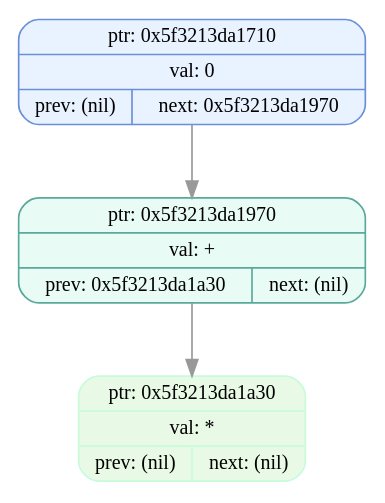
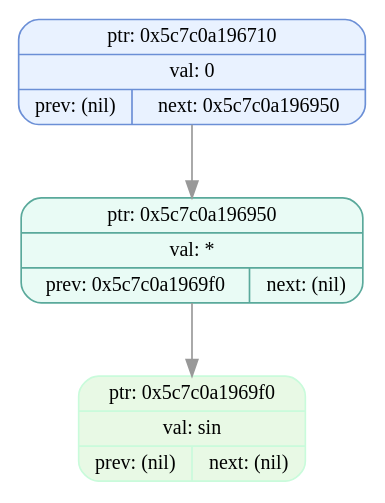
One commit to EvilTomato9890/Difference changed the diagram in dumps/tree_dump_001.dot. Above: the diagram before and after it, drawn with Graphviz. The commit also changed 34 other files, not shown here.

```diff
--- a/dumps/tree_dump_001.dot
+++ b/dumps/tree_dump_001.dot
@@ -1,9 +1,9 @@
 digraph T{
   node [fontname="Fira Mono",shape=record,style="filled,rounded",fontsize=12];
   graph [splines=true, nodesep=0.6, ranksep=0.6];
-  node_0x5f3213da1710[shape=record,label="{ {ptr: 0x5f3213da1710} | {val: 0} | { prev: (nil) | next: 0x5f3213da1970 } }",color="#6b8fd6",fillcolor="#e9f2ff"];
-  node_0x5f3213da1970[shape=record,label="{ {ptr: 0x5f3213da1970} | {val: +} | { prev: 0x5f3213da1a30 | next: (nil) } }",color="#5aa99b",fillcolor="#e9fbf5"];
-  node_0x5f3213da1a30[shape=record,label="{ {ptr: 0x5f3213da1a30} | {val: *} | { prev: (nil) | next: (nil) } }",color="#c9fbdbff",fillcolor="#e8f9e5ff"];
-  node_0x5f3213da1710 -> node_0x5f3213da1970 [color="#999999"];
-  node_0x5f3213da1970 -> node_0x5f3213da1a30 [color="#999999"];
+  node_0x5c7c0a196710[shape=record,label="{ {ptr: 0x5c7c0a196710} | {val: 0} | { prev: (nil) | next: 0x5c7c0a196950 } }",color="#6b8fd6",fillcolor="#e9f2ff"];
+  node_0x5c7c0a196950[shape=record,label="{ {ptr: 0x5c7c0a196950} | {val: *} | { prev: 0x5c7c0a1969f0 | next: (nil) } }",color="#5aa99b",fillcolor="#e9fbf5"];
+  node_0x5c7c0a1969f0[shape=record,label="{ {ptr: 0x5c7c0a1969f0} | {val: sin} | { prev: (nil) | next: (nil) } }",color="#c9fbdbff",fillcolor="#e8f9e5ff"];
+  node_0x5c7c0a196710 -> node_0x5c7c0a196950 [color="#999999"];
+  node_0x5c7c0a196950 -> node_0x5c7c0a1969f0 [color="#999999"];
 }
```
